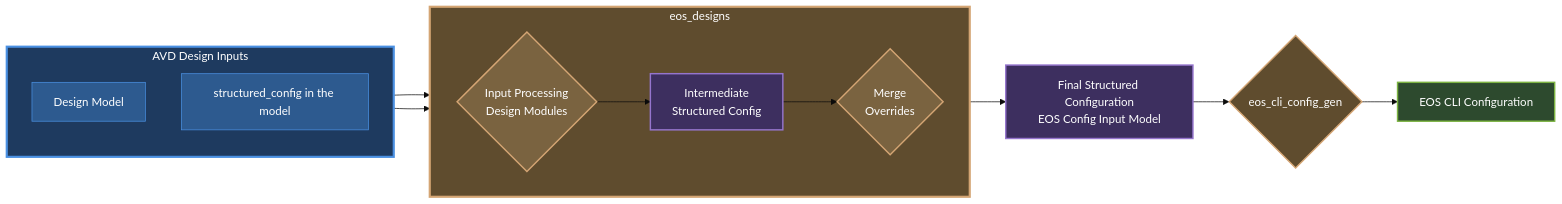
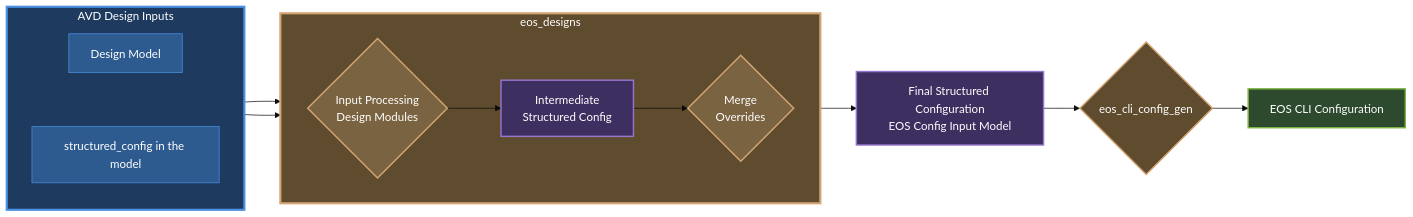
The fifth of 8 diagrams in docs/getting-started/avd-usage-patterns.md (aristanetworks/avd), drawn with Mermaid (base theme) before and after one commit. The commit also changed other lines of this file, not shown here.

````diff
--- a/docs/getting-started/avd-usage-patterns.md
+++ b/docs/getting-started/avd-usage-patterns.md
@@ -158,31 +158,33 @@
 ```mermaid
 graph LR
     A --> B1
     A --> B4
     B4 --> C[Final Structured Configuration<br/>EOS Config Input Model]
     C --> D{eos_cli_config_gen}
     D --> E[EOS CLI Configuration]
 
     subgraph A[AVD Design Inputs]
         direction TB
         A1[Design Model]
         A2[structured_config in the model]
+        %% This forces A1 above A2 without a visible line
+        A1 ~~~ A2
     end
 
     subgraph B[eos_designs]
         direction LR
         B1{Input Processing<br/>Design Modules} --> B2[Intermediate<br/>Structured Config]
         B2 --> B4{Merge<br/>Overrides}
     end
 
     style A fill:#1e3a5f,stroke:#4a90e2,stroke-width:3px,color:#fff
     style A1 fill:#2d5a8f,stroke:#4a90e2,stroke-width:1px,color:#fff
     style A2 fill:#2d5a8f,stroke:#4a90e2,stroke-width:1px,color:#fff
     style B fill:#5f4c2e,stroke:#d4a574,stroke-width:3px,color:#fff
     style B1 fill:#7a6340,stroke:#d4a574,stroke-width:2px,color:#fff
     style B2 fill:#3d2f5f,stroke:#9575cd,stroke-width:2px,color:#fff
     style B4 fill:#7a6340,stroke:#d4a574,stroke-width:2px,color:#fff
     style C fill:#3d2f5f,stroke:#9575cd,stroke-width:2px,color:#fff
     style D fill:#5f4c2e,stroke:#d4a574,stroke-width:2px,color:#fff
     style E fill:#2d4a2e,stroke:#7cb342,stroke-width:2px,color:#fff
 ```
````
